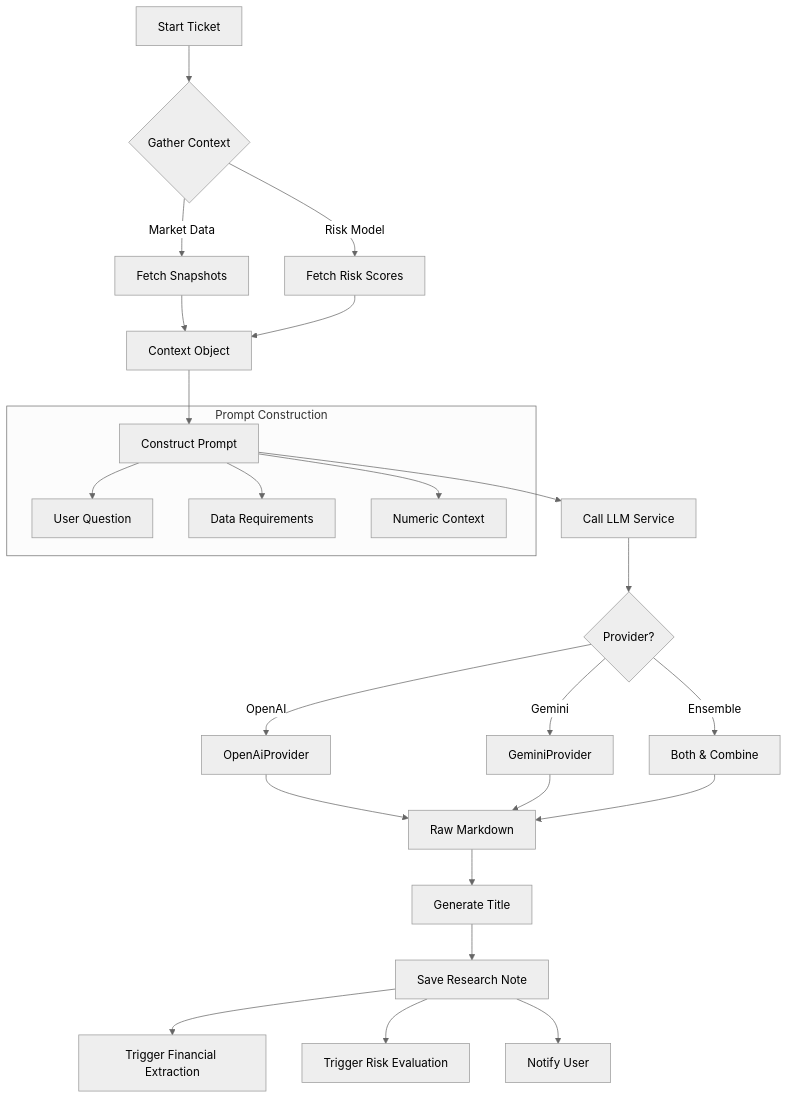
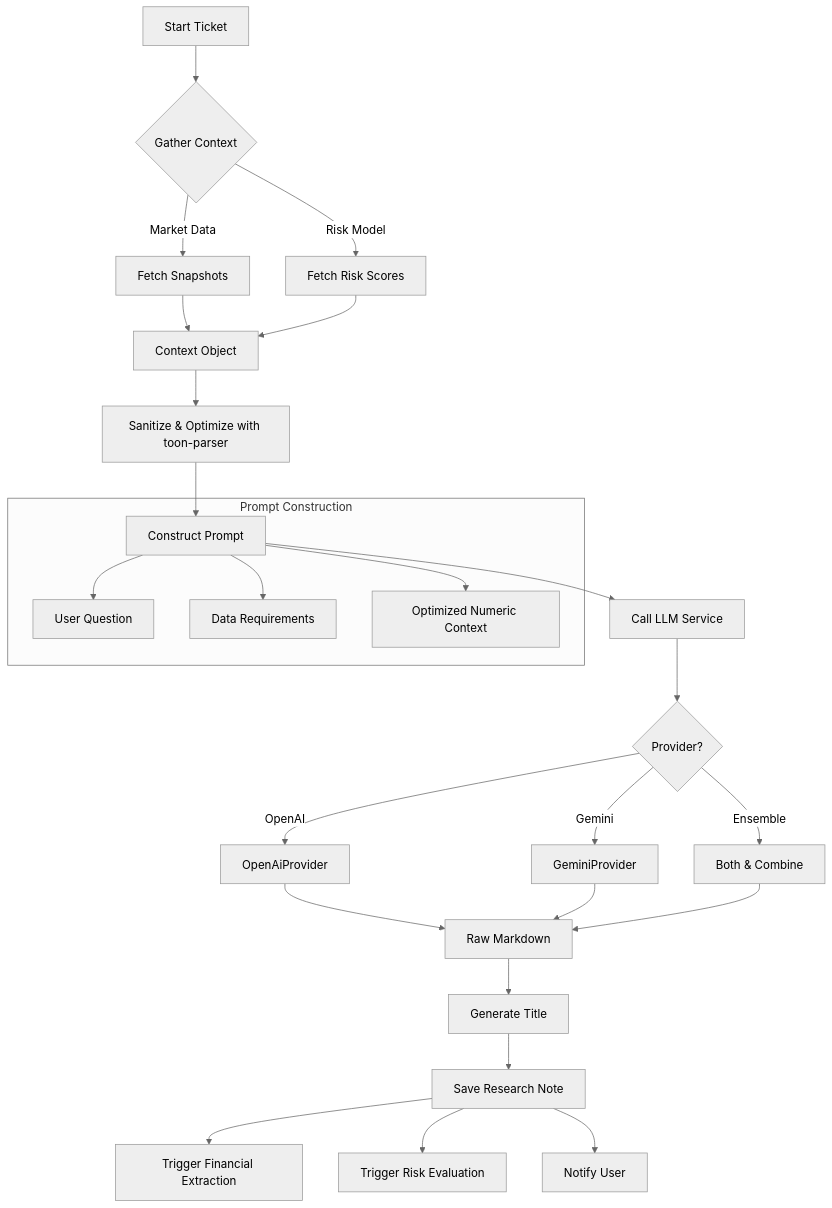
The first of 3 diagrams in plans/research-analysis.md (404-Profit-Not-Found/neural-ticker-core), drawn with Mermaid (neutral theme) before and after one commit. The commit also changed other lines of this file and 34 other files, not shown here.

````diff
--- a/plans/research-analysis.md
+++ b/plans/research-analysis.md
@@ -26,27 +26,28 @@
 ```mermaid
 graph TD
     A[Start Ticket] --> B{Gather Context}
     B -->|Market Data| C[Fetch Snapshots]
     B -->|Risk Model| D[Fetch Risk Scores]
     C --> E[Context Object]
     D --> E
-    E --> F[Construct Prompt]
+    E --> E1[Sanitize & Optimize with toon-parser]
+    E1 --> F[Construct Prompt]
     subgraph Prompt Construction
     F --> F1[User Question]
     F --> F2[Data Requirements]
-    F --> F3[Numeric Context]
+    F --> F3[Optimized Numeric Context]
     end
     F --> G[Call LLM Service]
     G --> H{Provider?}
     H -->|OpenAI| I[OpenAiProvider]
     H -->|Gemini| J[GeminiProvider]
     H -->|Ensemble| K[Both & Combine]
     I --> L[Raw Markdown]
     J --> L
     K --> L
     L --> M[Generate Title]
     M --> N[Save Research Note]
     N --> O[Trigger Financial Extraction]
     N --> P[Trigger Risk Evaluation]
     N --> Q[Notify User]
 ```
````
